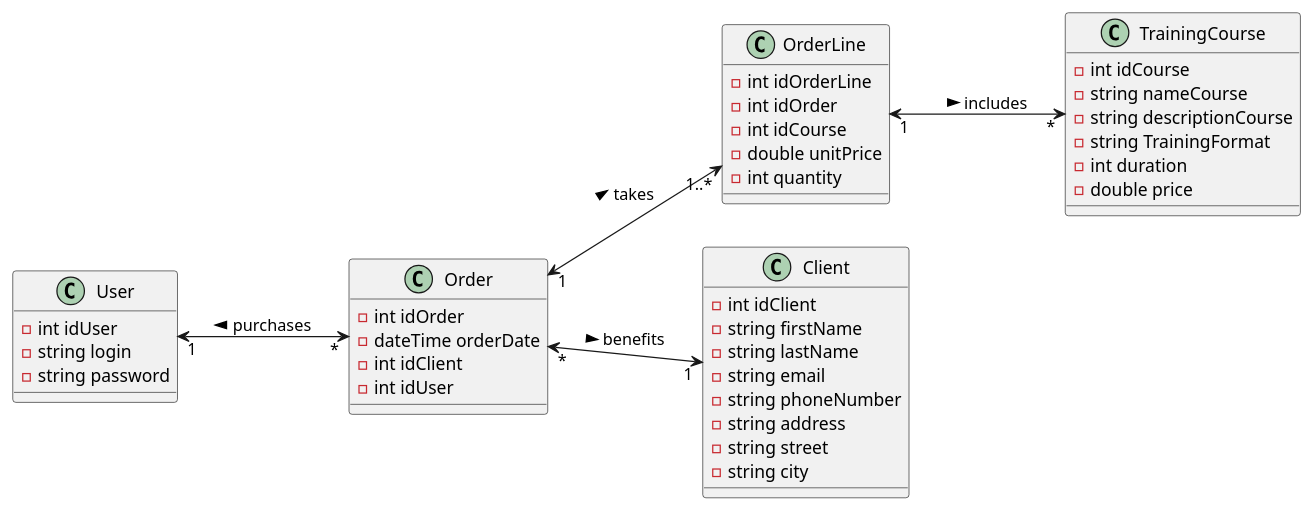
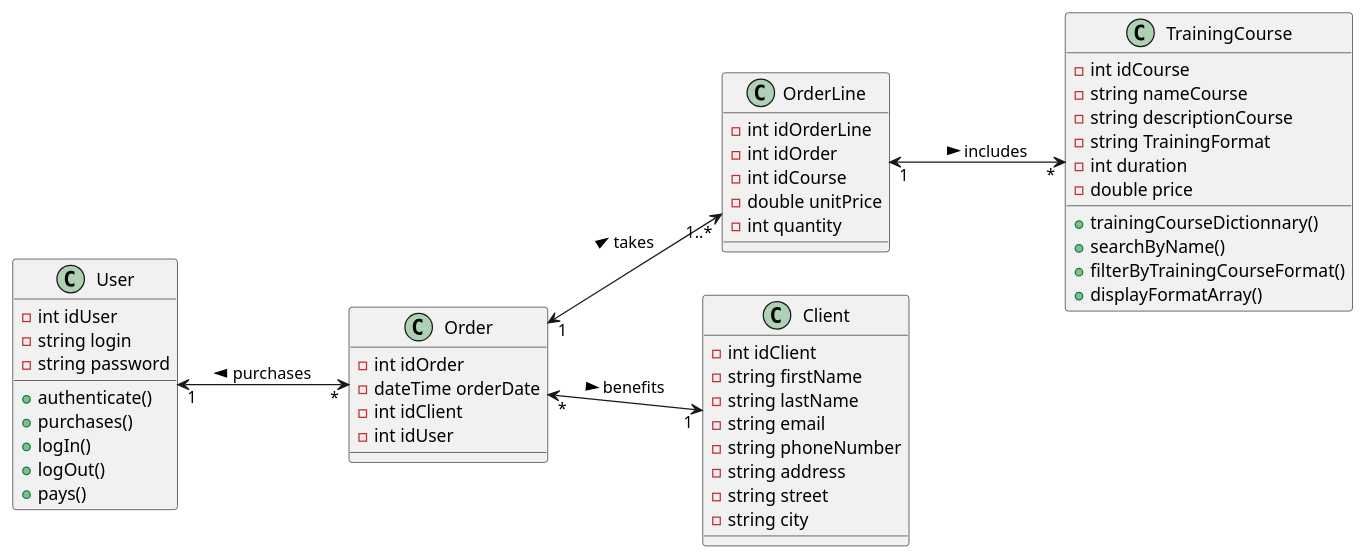
The diagram in doc/uml/2-class/class_diagram_for-the-Training_Sales-Application.puml (albanmartel/evaluation_metier_java), drawn with PlantUML before and after one commit.

Commit message:
UPADTE: class_diagram_for-the-Training_Sales-Application.puml évolution du diagramme de classe et ajout de méthodes pour gérer l'application de vente de formations.

```diff
--- a/doc/uml/2-class/class_diagram_for-the-Training_Sales-Application.puml
+++ b/doc/uml/2-class/class_diagram_for-the-Training_Sales-Application.puml
@@ -1,56 +1,65 @@
 @startuml TrainingSallesApplication
 left to right direction
 
 class TrainingCourse{
     -int idCourse
     -string nameCourse
     -string descriptionCourse
     -string TrainingFormat
     -int duration
     -double price
+    + trainingCourseDictionnary()
+    + searchByName()
+    + filterByTrainingCourseFormat()
+    + displayFormatArray()
+
 }
 
 class Order{
     -int idOrder
     -dateTime orderDate
     -int idClient
     -int idUser
 }
 
 class OrderLine{
     -int idOrderLine
     -int idOrder
     -int idCourse
     -double unitPrice
     -int quantity
 }
 
 class Client{
     -int idClient
 	-string firstName
     -string lastName
     -string email
     -string phoneNumber
     -string address
     -string street
     -string city
 }
 
 class User{
     - int idUser
     - string login
     - string password
+    + authenticate()
+    + purchases()
+    + logIn()
+    + logOut()
+    + pays()
 } 
 
 
 Order "*" <--> "1" Client : benefits >
 
 User "1" <--> "*" Order : purchases < 
 
 Order "1" <--> "1..*" OrderLine : takes >
 
 OrderLine "1" <--> "*" TrainingCourse : includes >
 
 
-
 @enduml
```
